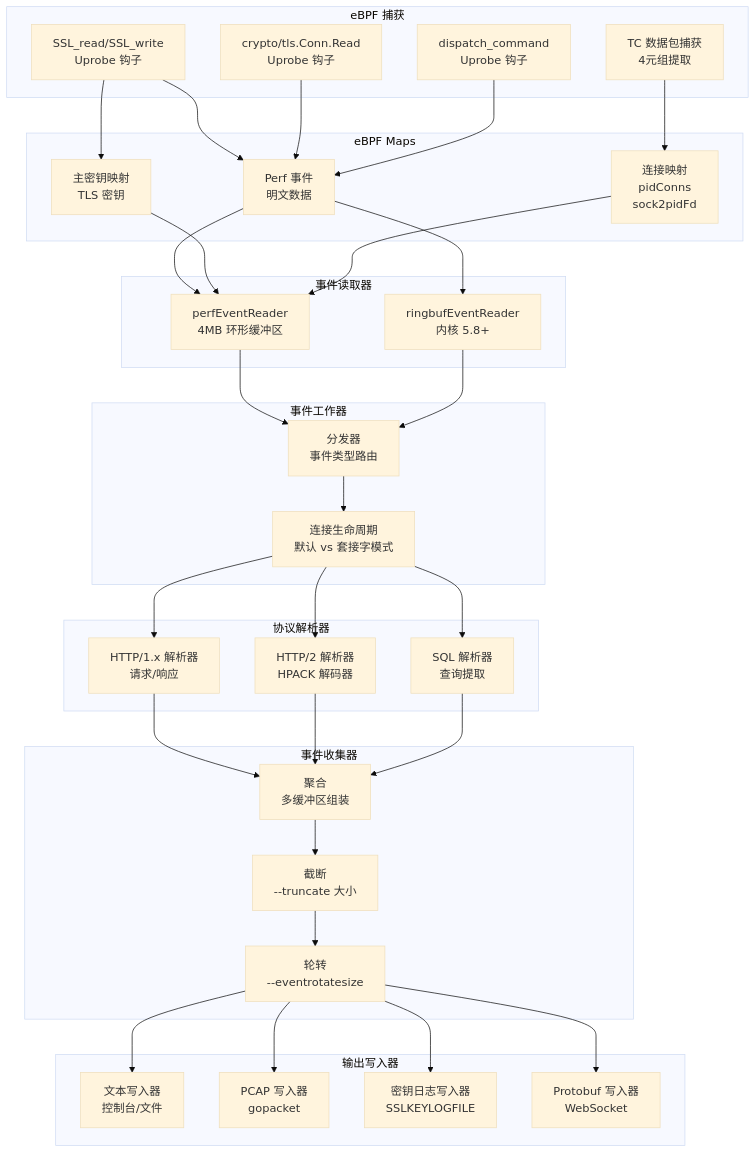
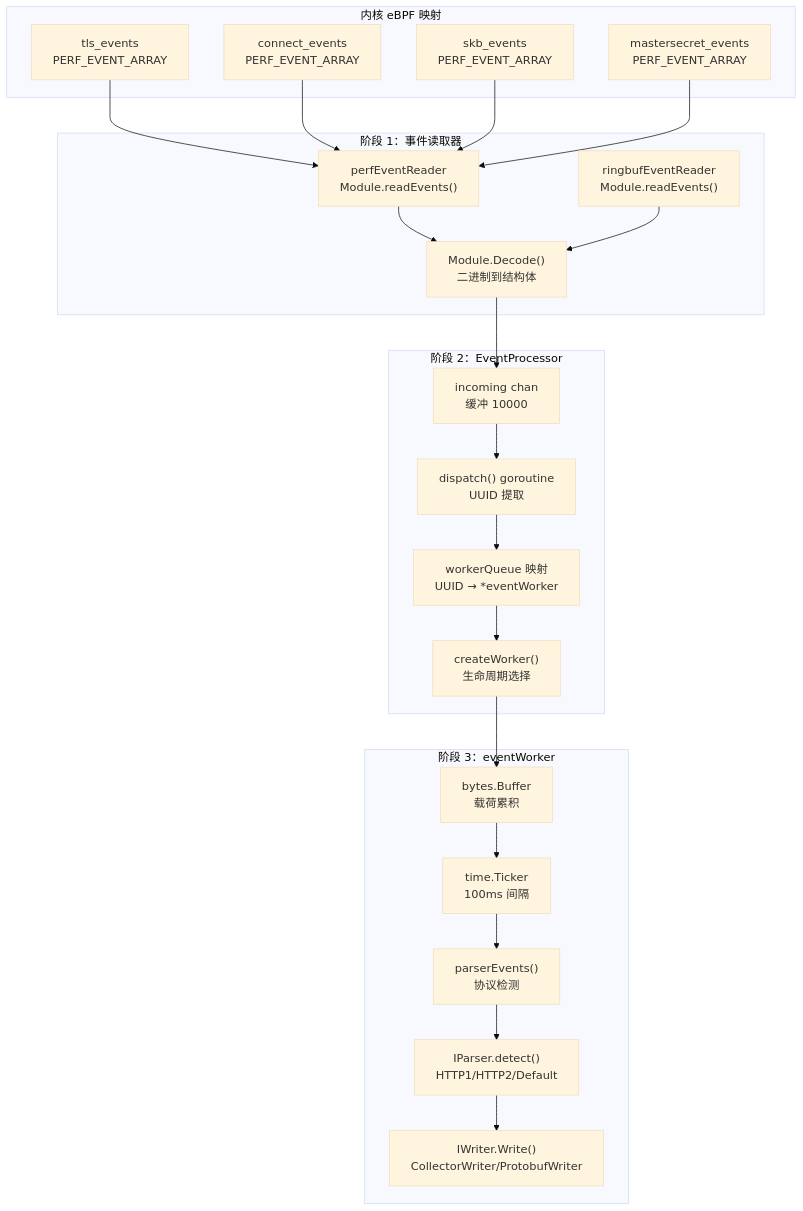
Before and after one commit to gojue/ecapture.cc: the fourth of 5 diagrams in src/zh/1-overview/index.md, drawn with Mermaid (base theme). The commit also changed other lines of this file and 115 other files, not shown here.

````diff
--- a/src/zh/1-overview/index.md
+++ b/src/zh/1-overview/index.md
@@ -282,75 +260,49 @@
 ```mermaid
-flowchart TD
-    subgraph Capture["eBPF 捕获"]
-        ssl["SSL_read/SSL_write<br/>Uprobe 钩子"]
-        gotls_read["crypto/tls.Conn.Read<br/>Uprobe 钩子"]
-        tc["TC 数据包捕获<br/>4元组提取"]
-        mysql["dispatch_command<br/>Uprobe 钩子"]
+graph TB
+    subgraph KernelMaps["内核 eBPF 映射"]
+        TLSEvents["tls_events<br/>PERF_EVENT_ARRAY"]
+        ConnEvents["connect_events<br/>PERF_EVENT_ARRAY"]
+        SkbEvents["skb_events<br/>PERF_EVENT_ARRAY"]
+        MasterSecretEvents["mastersecret_events<br/>PERF_EVENT_ARRAY"]
     end
     
-    subgraph Maps["eBPF Maps"]
-        perf["Perf 事件<br/>明文数据"]
-        master["主密钥映射<br/>TLS 密钥"]
-        conn["连接映射<br/>pidConns<br/>sock2pidFd"]
+    subgraph ReaderStage["阶段 1：事件读取器"]
+        PerfReader["perfEventReader<br/>Module.readEvents()"]
+        RingReader["ringbufEventReader<br/>Module.readEvents()"]
+        Decode["Module.Decode()<br/>二进制到结构体"]
     end
     
-    subgraph Reader["事件读取器"]
-        perf_reader["perfEventReader<br/>4MB 环形缓冲区"]
-        ring_reader["ringbufEventReader<br/>内核 5.8+"]
+    subgraph ProcessorStage["阶段 2：EventProcessor"]
+        Incoming["incoming chan<br/>缓冲 10000"]
+        Dispatch["dispatch() goroutine<br/>UUID 提取"]
+        WorkerQueue["workerQueue 映射<br/>UUID → *eventWorker"]
+        WorkerCreate["createWorker()<br/>生命周期选择"]
     end
     
-    subgraph Worker["事件工作器"]
-        dispatch["分发器<br/>事件类型路由"]
-        lifecycle["连接生命周期<br/>默认 vs 套接字模式"]
+    subgraph WorkerStage["阶段 3：eventWorker"]
+        Buffer["bytes.Buffer<br/>载荷累积"]
+        Ticker["time.Ticker<br/>100ms 间隔"]
+        ParserEvents["parserEvents()<br/>协议检测"]
+        IParser["IParser.detect()<br/>HTTP1/HTTP2/Default"]
+        IWriter["IWriter.Write()<br/>CollectorWriter/ProtobufWriter"]
     end
     
-    subgraph Parser["协议解析器"]
-        http1["HTTP/1.x 解析器<br/>请求/响应"]
-        http2["HTTP/2 解析器<br/>HPACK 解码器"]
-        sql["SQL 解析器<br/>查询提取"]
-    end
+    TLSEvents --> PerfReader
+    ConnEvents --> PerfReader
+    SkbEvents --> PerfReader
+    MasterSecretEvents --> PerfReader
     
-    subgraph Collector["事件收集器"]
-        aggregate["聚合<br/>多缓冲区组装"]
-        truncate["截断<br/>--truncate 大小"]
-        rotate["轮转<br/>--eventrotatesize"]
-    end
+    PerfReader --> Decode
+    RingReader --> Decode
     
-    subgraph Writers["输出写入器"]
-        text_w["文本写入器<br/>控制台/文件"]
-        pcap_w["PCAP 写入器<br/>gopacket"]
-        key_w["密钥日志写入器<br/>SSLKEYLOGFILE"]
-        proto_w["Protobuf 写入器<br/>WebSocket"]
-    end
+    Decode --> Incoming
+    Incoming --> Dispatch
+    Dispatch --> WorkerQueue
+    WorkerQueue --> WorkerCreate
     
-    ssl --> perf
-    gotls_read --> perf
-    mysql --> perf
-    ssl --> master
-    tc --> conn
-    
-    perf --> perf_reader
-    perf --> ring_reader
-    master --> perf_reader
-    conn --> perf_reader
-    
-    perf_reader --> dispatch
-    ring_reader --> dispatch
-    
-    dispatch --> lifecycle
-    lifecycle --> http1
-    lifecycle --> http2
-    lifecycle --> sql
-    
-    http1 --> aggregate
-    http2 --> aggregate
-    sql --> aggregate
-    
-    aggregate --> truncate
-    truncate --> rotate
-    
-    rotate --> text_w
-    rotate --> pcap_w
-    rotate --> key_w
-    rotate --> proto_w
+    WorkerCreate --> Buffer
+    Buffer --> Ticker
+    Ticker --> ParserEvents
+    ParserEvents --> IParser
+    IParser --> IWriter
 ```
````
